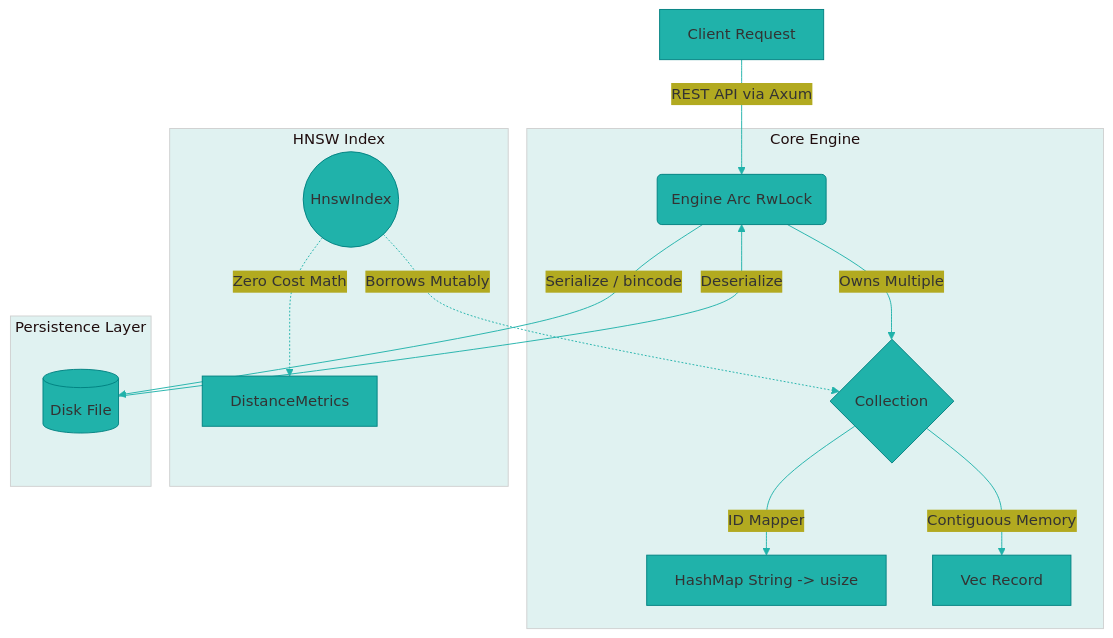
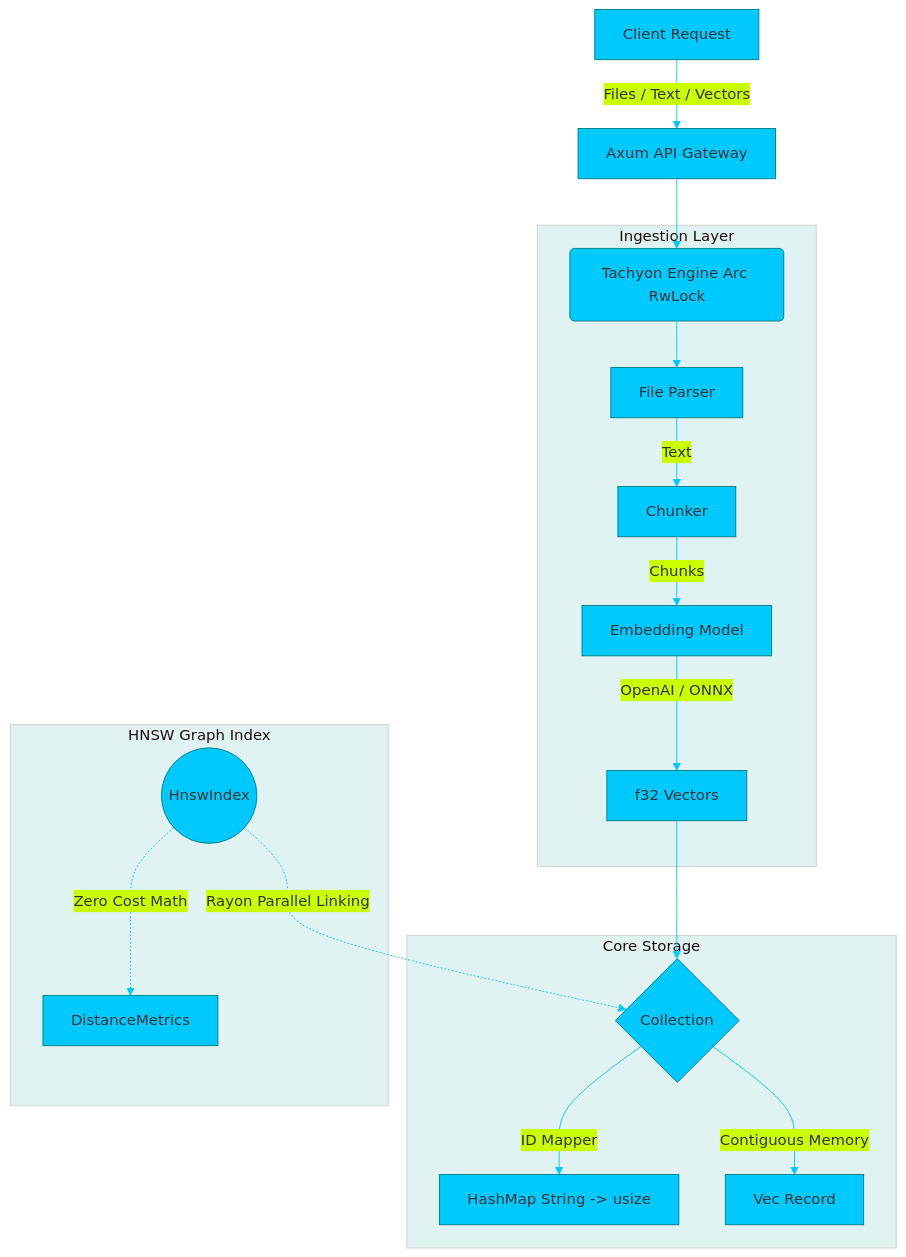
Before and after one commit to blackeagle686/vec_db: the diagram in README.md, drawn with Mermaid. The commit also changed other lines of this file, not shown here.

````diff
--- a/README.md
+++ b/README.md
@@ -32,21 +34,24 @@
 ```mermaid
-%%{init: {'theme': 'base', 'themeVariables': { 'primaryColor': '#20B2AA', 'primaryBorderColor': '#008080', 'lineColor': '#20B2AA', 'tertiaryColor': '#E0F2F1'}}}%%
+%%{init: {'theme': 'base', 'themeVariables': { 'primaryColor': '#00C9FF', 'primaryBorderColor': '#008080', 'lineColor': '#00C9FF', 'tertiaryColor': '#E0F2F1'}}}%%
 graph TD
-    A[Client Request] -->|REST API via Axum| B(Engine Arc RwLock)
+    A[Client Request] -->|Files / Text / Vectors| B[Axum API Gateway]
+    B --> C(Tachyon Engine Arc RwLock)
     
-    subgraph Core Engine
-        B -->|Owns Multiple| C{Collection}
-        C -->|ID Mapper| D[HashMap String -> usize]
-        C -->|Contiguous Memory| E[Vec Record]
+    subgraph Ingestion Layer
+        C --> D[File Parser]
+        D -->|Text| E[Chunker]
+        E -->|Chunks| F[Embedding Model]
+        F -->|OpenAI / ONNX| G[f32 Vectors]
     end
     
-    subgraph HNSW Index
-        F((HnswIndex)) -.->|Borrows Mutably| C
-        F -.->|Zero Cost Math| G[DistanceMetrics]
+    subgraph Core Storage
+        G --> H{Collection}
+        H -->|ID Mapper| I[HashMap String -> usize]
+        H -->|Contiguous Memory| J[Vec Record]
     end
     
-    subgraph Persistence Layer
-        B -->|Serialize / bincode| H[(Disk File)]
-        H -->|Deserialize| B
+    subgraph HNSW Graph Index
+        K((HnswIndex)) -.->|Rayon Parallel Linking| H
+        K -.->|Zero Cost Math| L[DistanceMetrics]
     end
 ```
````
